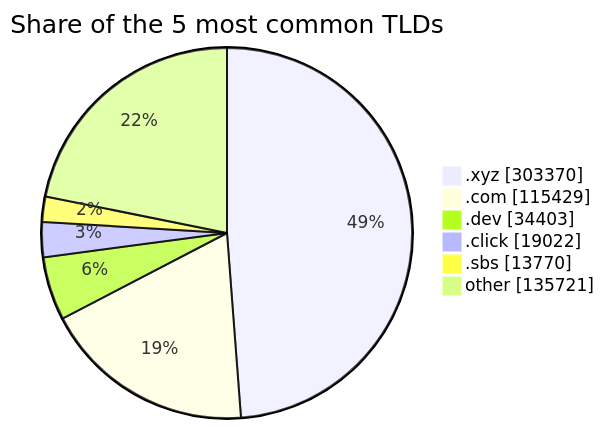
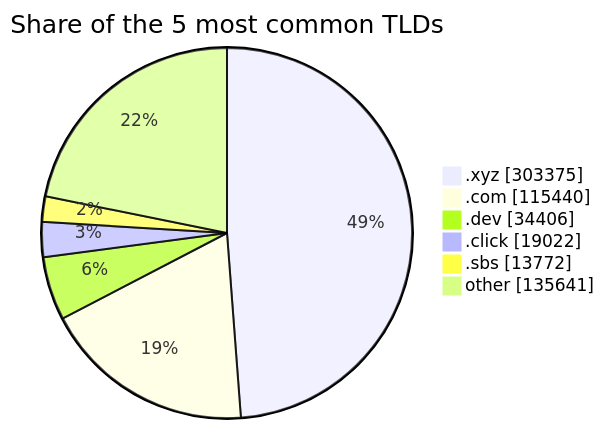
Before and after one commit to DNSBunker/CTI: the third of 3 diagrams in README.md, drawn with Mermaid. The commit also changed other lines of this file and 3 other files, not shown here.

````diff
--- a/README.md
+++ b/README.md
@@ -81,9 +81,9 @@
 ```mermaid
 pie showData title Share of the 5 most common TLDs
-    ".xyz" : 303370
-    ".com" : 115429
-    ".dev" : 34403
+    ".xyz" : 303375
+    ".com" : 115440
+    ".dev" : 34406
     ".click" : 19022
-    ".sbs" : 13770
-    "other" : 135721
+    ".sbs" : 13772
+    "other" : 135641
 ```
````
